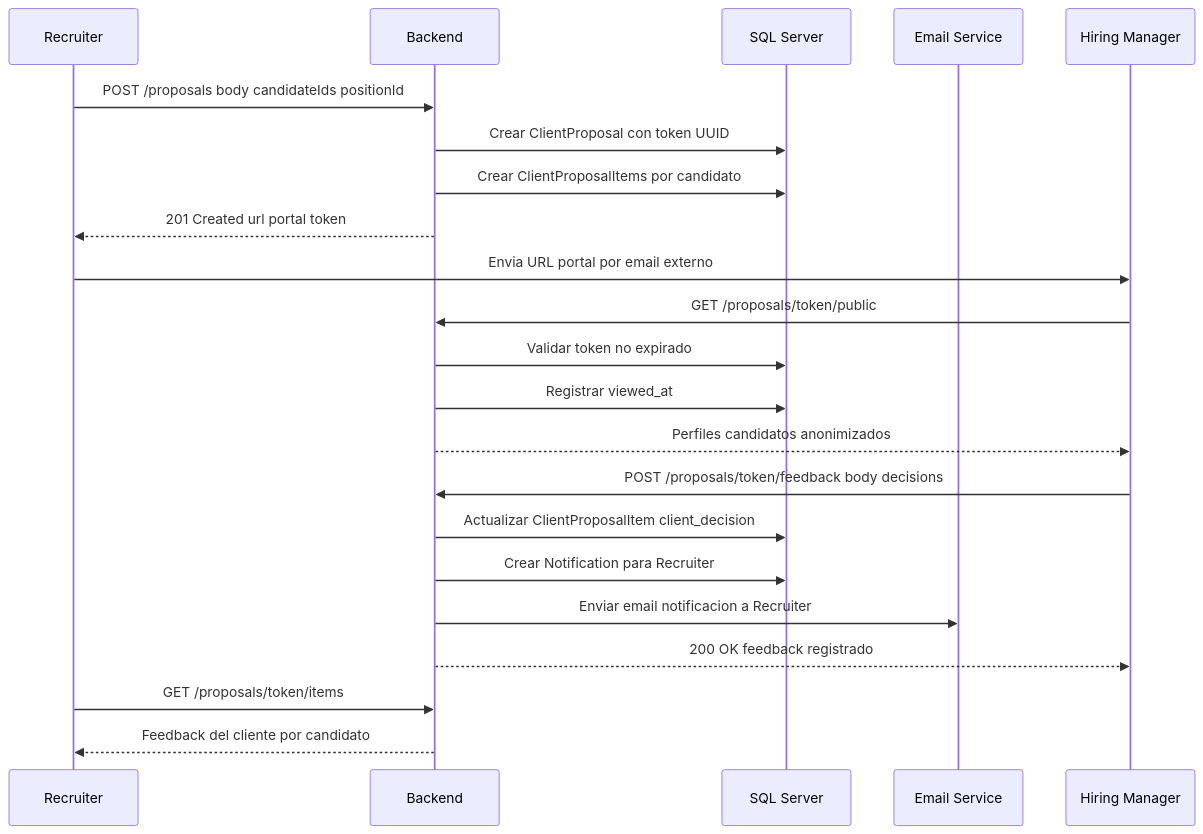
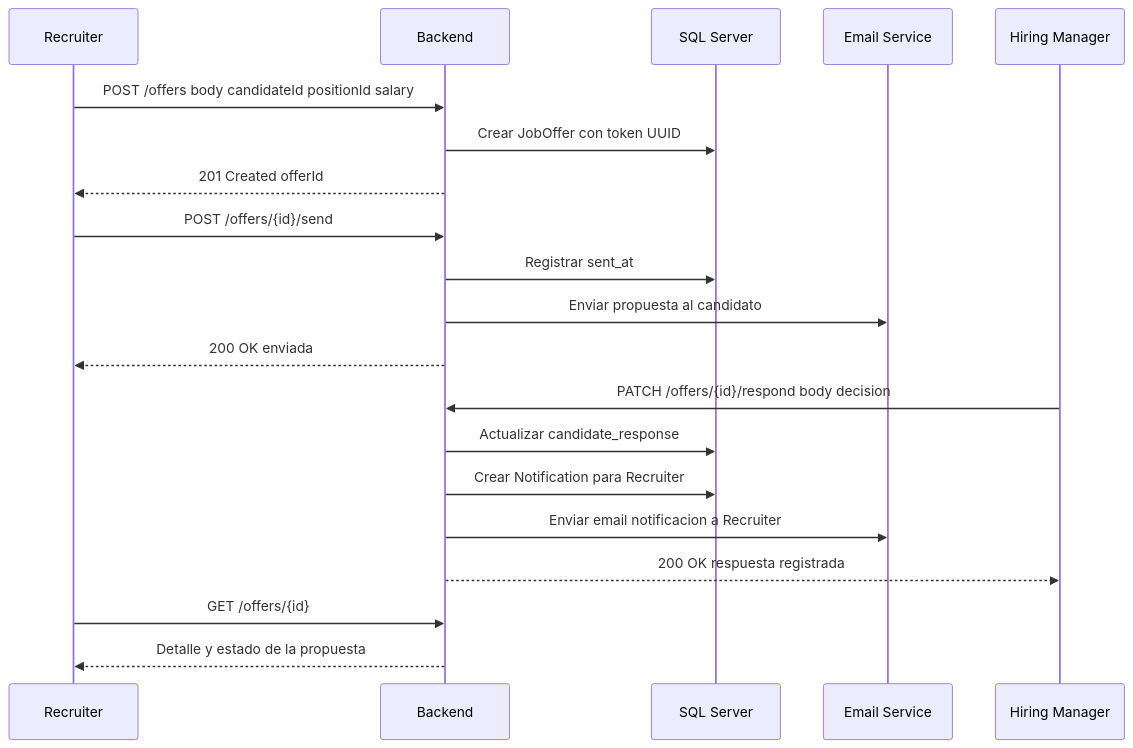
Diagram 12 of 15 in docs/architecture/project.md (lcasadov/AI4Devs-design-1-202602), drawn with Mermaid before and after one commit. The commit also changed other lines of this file and 9 other files, not shown here.

````diff
--- a/docs/architecture/project.md
+++ b/docs/architecture/project.md
@@ -763,29 +763,26 @@
 ```mermaid
 sequenceDiagram
     participant REC as Recruiter
     participant BE as Backend
     participant DB as SQL Server
     participant EMAIL as Email Service
     participant HM as Hiring Manager
 
-    REC ->> BE: POST /proposals body candidateIds positionId
-    BE ->> DB: Crear ClientProposal con token UUID
-    BE ->> DB: Crear ClientProposalItems por candidato
-    BE -->> REC: 201 Created url portal token
+    REC ->> BE: POST /offers body candidateId positionId salary
+    BE ->> DB: Crear JobOffer con token UUID
+    BE -->> REC: 201 Created offerId
 
-    REC ->> HM: Envia URL portal por email externo
+    REC ->> BE: POST /offers/{id}/send
+    BE ->> DB: Registrar sent_at
+    BE ->> EMAIL: Enviar propuesta al candidato
+    BE -->> REC: 200 OK enviada
 
-    HM ->> BE: GET /proposals/token/public
-    BE ->> DB: Validar token no expirado
-    BE ->> DB: Registrar viewed_at
-    BE -->> HM: Perfiles candidatos anonimizados
-
-    HM ->> BE: POST /proposals/token/feedback body decisions
-    BE ->> DB: Actualizar ClientProposalItem client_decision
+    HM ->> BE: PATCH /offers/{id}/respond body decision
+    BE ->> DB: Actualizar candidate_response
     BE ->> DB: Crear Notification para Recruiter
     BE ->> EMAIL: Enviar email notificacion a Recruiter
-    BE -->> HM: 200 OK feedback registrado
+    BE -->> HM: 200 OK respuesta registrada
 
-    REC ->> BE: GET /proposals/token/items
-    BE -->> REC: Feedback del cliente por candidato
+    REC ->> BE: GET /offers/{id}
+    BE -->> REC: Detalle y estado de la propuesta
 ```
````
